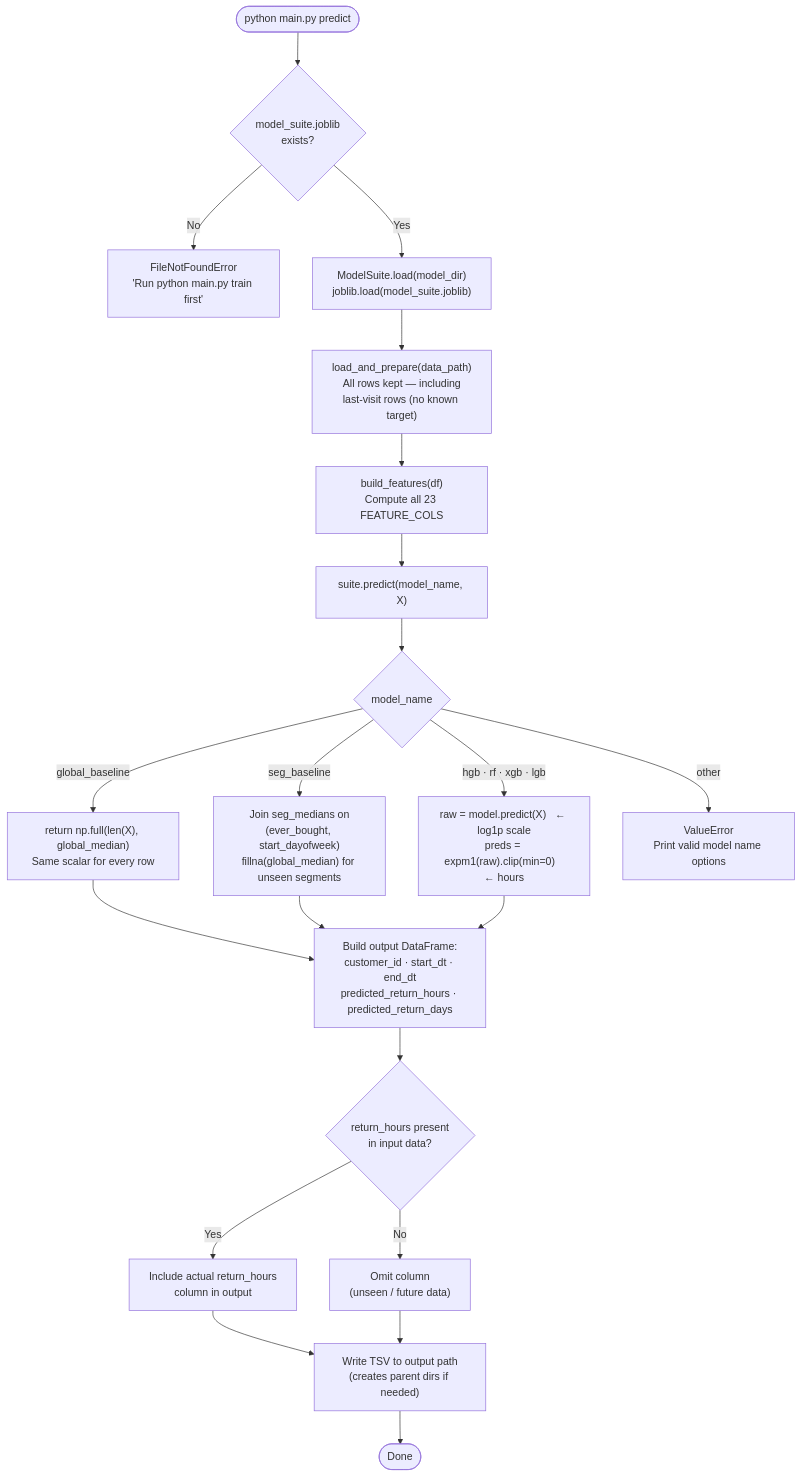
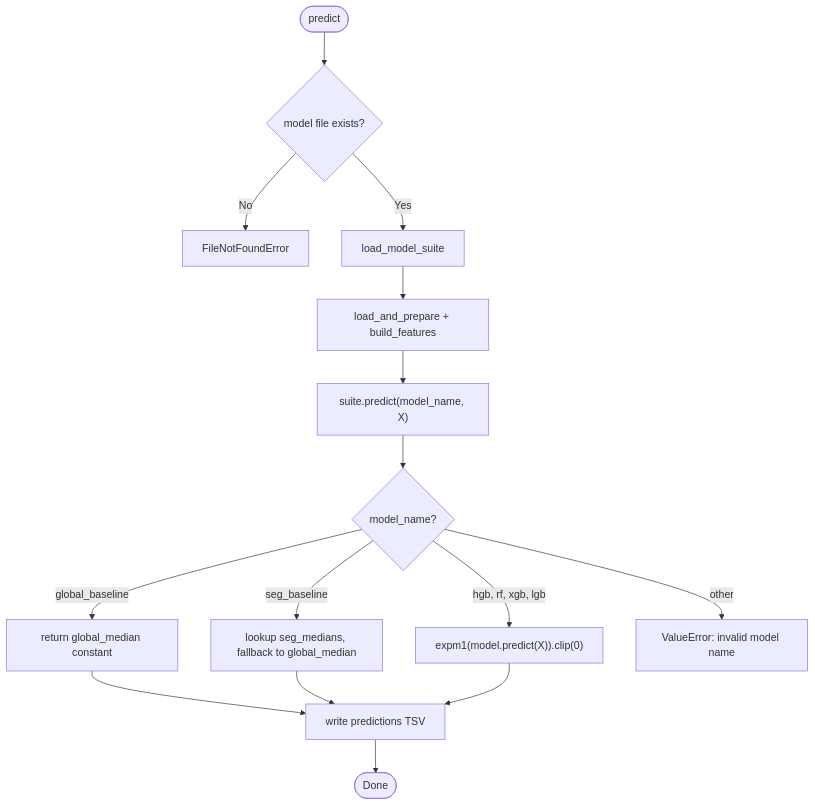
One commit to udit-asopa/data-science-assignment-nosto changed the third of 9 diagrams in docs/06_diagrams.md. Above: the diagram before and after it, drawn with Mermaid. The commit also changed other lines of this file and 1 other file, not shown here.

````diff
--- a/docs/06_diagrams.md
+++ b/docs/06_diagrams.md
@@ -86,37 +65,25 @@
 ```mermaid
 flowchart TD
-    START(["python main.py predict"])
-    CHKFILE{"model_suite.joblib\nexists?"}
-    ERR["FileNotFoundError\n'Run python main.py train first'"]
-    LOADM["ModelSuite.load(model_dir)\njoblib.load(model_suite.joblib)"]
-    LOAD["load_and_prepare(data_path)\nAll rows kept — including\nlast-visit rows (no known target)"]
-    FEAT["build_features(df)\nCompute all 23 FEATURE_COLS"]
+    START(["predict"])
+    CHK{"model file exists?"}
+    ERR["FileNotFoundError"]
+    LOAD["load_model_suite"]
+    PREP["load_and_prepare + build_features"]
     PRED["suite.predict(model_name, X)"]
-    ROUTER{model_name}
-
-    GLOB["return np.full(len(X), global_median)\nSame scalar for every row"]
-    SEG["Join seg_medians on\n(ever_bought, start_dayofweek)\nfillna(global_median) for unseen segments"]
-    ML["raw = model.predict(X)   ← log1p scale\npreds = expm1(raw).clip(min=0)   ← hours"]
-    VALERR["ValueError\nPrint valid model name options"]
-
-    BUILD["Build output DataFrame:\ncustomer_id · start_dt · end_dt\npredicted_return_hours · predicted_return_days"]
-    ACTQ{"return_hours present\nin input data?"}
-    WITHACT["Include actual return_hours\ncolumn in output"]
-    NOACT["Omit column\n(unseen / future data)"]
-    WRITE["Write TSV to output path\n(creates parent dirs if needed)"]
+    ROUTER{model_name?}
+    GLOB["return global_median constant"]
+    SEG["lookup seg_medians, fallback to global_median"]
+    ML["expm1(model.predict(X)).clip(0)"]
+    VALERR["ValueError: invalid model name"]
+    WRITE["write predictions TSV"]
     DONE(["Done"])
 
-    START --> CHKFILE
-    CHKFILE -->|No| ERR
-    CHKFILE -->|Yes| LOADM --> LOAD --> FEAT --> PRED --> ROUTER
-
-    ROUTER -->|global_baseline| GLOB --> BUILD
-    ROUTER -->|seg_baseline| SEG --> BUILD
-    ROUTER -->|hgb · rf · xgb · lgb| ML --> BUILD
+    START --> CHK
+    CHK -->|No| ERR
+    CHK -->|Yes| LOAD --> PREP --> PRED --> ROUTER
+    ROUTER -->|global_baseline| GLOB --> WRITE
+    ROUTER -->|seg_baseline| SEG --> WRITE
+    ROUTER -->|hgb, rf, xgb, lgb| ML --> WRITE
     ROUTER -->|other| VALERR
-
-    BUILD --> ACTQ
-    ACTQ -->|Yes| WITHACT --> WRITE
-    ACTQ -->|No| NOACT --> WRITE
     WRITE --> DONE
 ```
````
